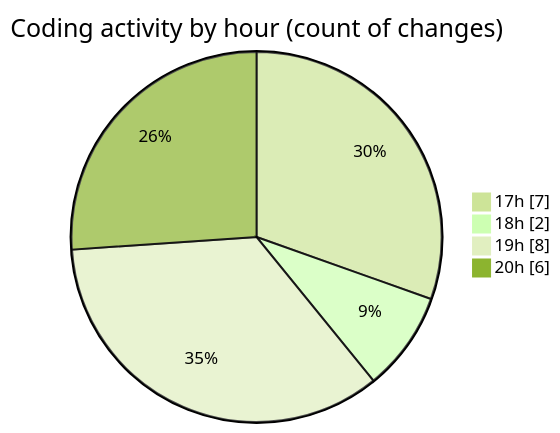
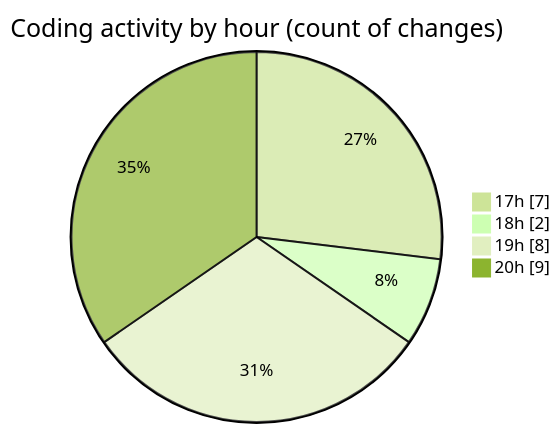
The second of 2 diagrams in 2025-01-12/myws__workspace_/README.md (MatusMokan/code-tracking), drawn with Mermaid (forest theme) before and after one commit. The commit also changed other lines of this file and 1 other file, not shown here.

````diff
--- a/2025-01-12/myws__workspace_/README.md
+++ b/2025-01-12/myws__workspace_/README.md
@@ -29,8 +29,8 @@
 ```mermaid
 pie showData
 title Coding activity by hour (count of changes)
 "17h" : 7
 "18h" : 2
 "19h" : 8
-"20h" : 6
+"20h" : 9
 ```
````
